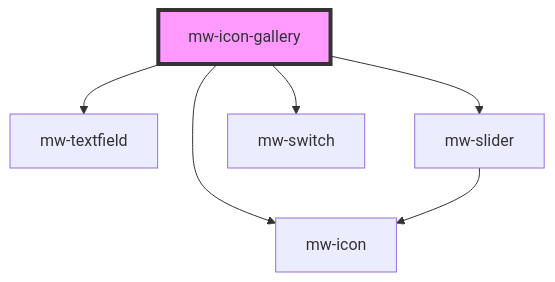
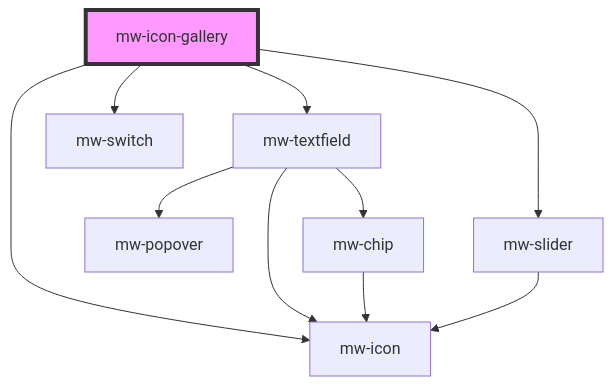
Before and after one commit to MaibornWolff/mwui: the diagram in mwui-stencil/src/components/mw-icon-gallery/readme.md, drawn with Mermaid. The commit also changed 6 other files, not shown here.

````diff
--- a/mwui-stencil/src/components/mw-icon-gallery/readme.md
+++ b/mwui-stencil/src/components/mw-icon-gallery/readme.md
@@ -22,9 +22,13 @@
 ```mermaid
 graph TD;
   mw-icon-gallery --> mw-textfield
   mw-icon-gallery --> mw-icon
   mw-icon-gallery --> mw-slider
   mw-icon-gallery --> mw-switch
+  mw-textfield --> mw-popover
+  mw-textfield --> mw-chip
+  mw-textfield --> mw-icon
+  mw-chip --> mw-icon
   mw-slider --> mw-icon
   style mw-icon-gallery fill:#f9f,stroke:#333,stroke-width:4px
 ```
````
